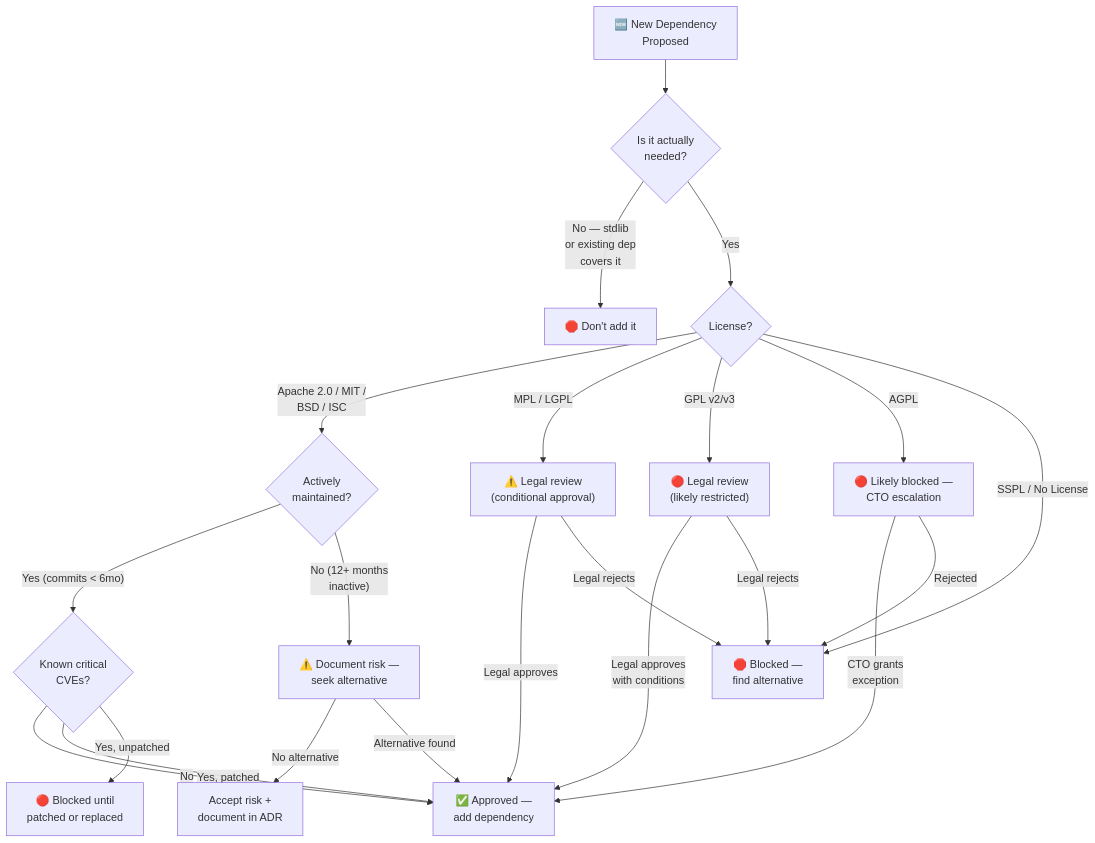
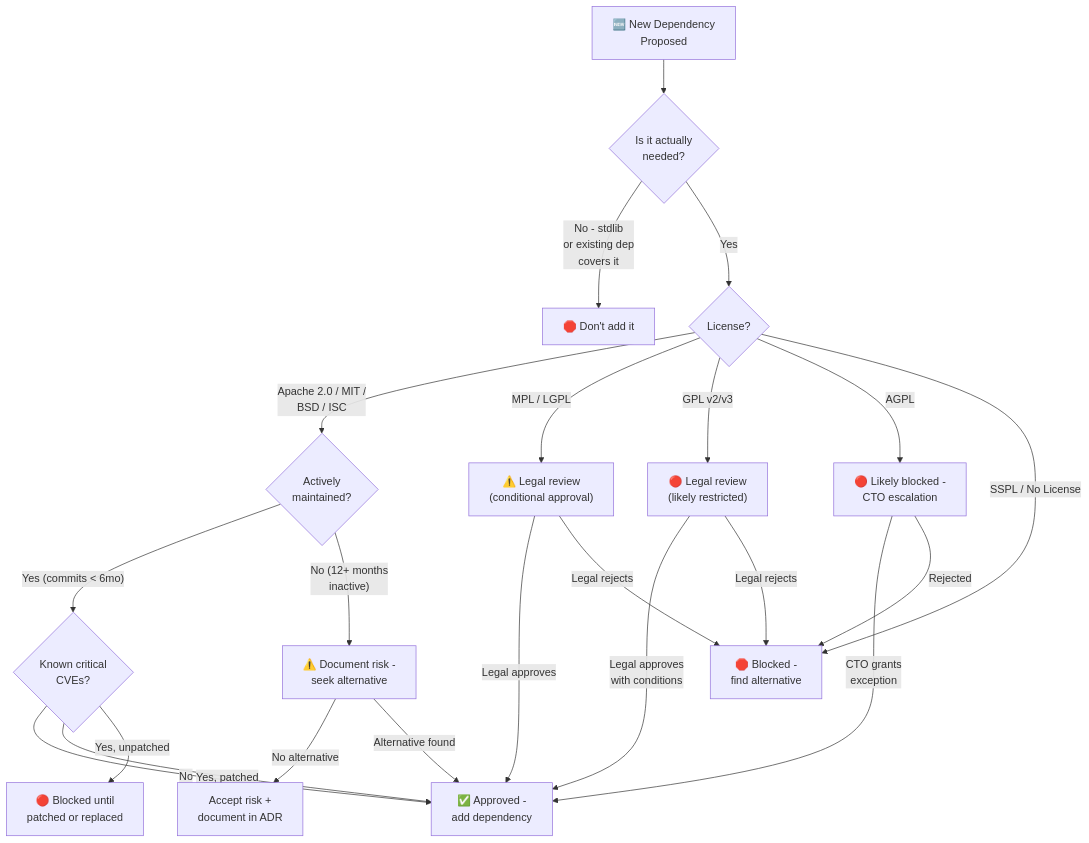
Before and after one commit to rishikeshdhokare/platform-manifesto: the fourth of 4 diagrams in 07-ways-of-working/03-open-source-policy.md, drawn with Mermaid. The commit also changed other lines of this file and 16 other files, not shown here.

````diff
--- a/07-ways-of-working/03-open-source-policy.md
+++ b/07-ways-of-working/03-open-source-policy.md
@@ -219,29 +219,29 @@
 ```mermaid
 flowchart TD
     Start["🆕 New Dependency<br/>Proposed"] --> A{"Is it actually<br/>needed?"}
-    A -->|"No — stdlib<br/>or existing dep<br/>covers it"| Stop["🛑 Don't add it"]
+    A -->|"No - stdlib<br/>or existing dep<br/>covers it"| Stop["🛑 Don't add it"]
     A -->|"Yes"| B{"License?"}
 
     B -->|"Apache 2.0 / MIT /<br/>BSD / ISC"| C{"Actively<br/>maintained?"}
     B -->|"MPL / LGPL"| D["⚠️ Legal review<br/>(conditional approval)"]
     B -->|"GPL v2/v3"| E["🔴 Legal review<br/>(likely restricted)"]
-    B -->|"AGPL"| F["🔴 Likely blocked —<br/>CTO escalation"]
-    B -->|"SSPL / No License"| G["🛑 Blocked —<br/>find alternative"]
+    B -->|"AGPL"| F["🔴 Likely blocked - <br/>CTO escalation"]
+    B -->|"SSPL / No License"| G["🛑 Blocked - <br/>find alternative"]
 
     C -->|"Yes (commits < 6mo)"| H{"Known critical<br/>CVEs?"}
-    C -->|"No (12+ months<br/>inactive)"| I["⚠️ Document risk —<br/>seek alternative"]
+    C -->|"No (12+ months<br/>inactive)"| I["⚠️ Document risk - <br/>seek alternative"]
 
-    H -->|"No"| J["✅ Approved —<br/>add dependency"]
+    H -->|"No"| J["✅ Approved - <br/>add dependency"]
     H -->|"Yes, patched"| J
     H -->|"Yes, unpatched"| K["🔴 Blocked until<br/>patched or replaced"]
 
     D -->|"Legal approves"| J
     D -->|"Legal rejects"| G
     E -->|"Legal approves<br/>with conditions"| J
     E -->|"Legal rejects"| G
     F -->|"CTO grants<br/>exception"| J
     F -->|"Rejected"| G
 
     I -->|"No alternative"| L["Accept risk +<br/>document in ADR"]
     I -->|"Alternative found"| J
 ```
````
